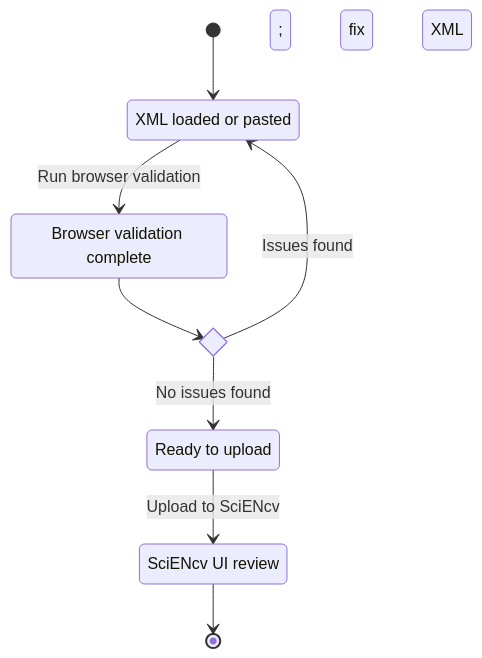
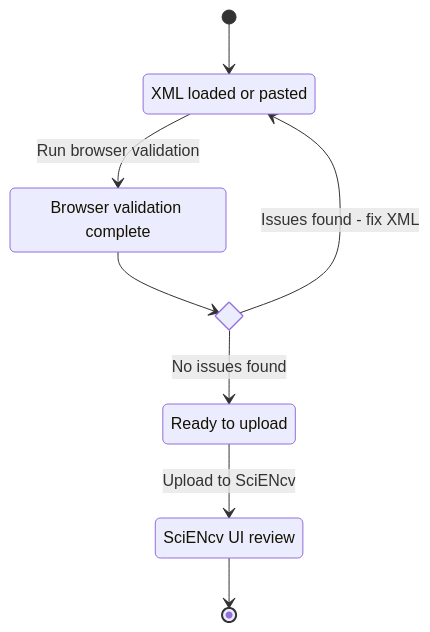
Before and after one commit to FritscheLab/nih-sciencv-playbook: the diagram in docs/other-support/xml-upload/validator.md, drawn with Mermaid. The commit also changed 11 other files, not shown here.

Commit message:
docs: refine Mermaid diagrams for desktop readability

````diff
--- a/docs/other-support/xml-upload/validator.md
+++ b/docs/other-support/xml-upload/validator.md
@@ -16,18 +16,18 @@
 ```mermaid
 stateDiagram-v2
     direction TB
     accTitle: Browser validator workflow
     accDescr: XML is checked locally in the browser. Reported issues return the file for correction and another check; a clean result proceeds to upload and review in SciENcv.
     state "XML loaded or pasted" as Loaded
     state "Browser validation complete" as Checked
     state Result <<choice>>
     state "Ready to upload" as UploadReady
     state "SciENcv UI review" as Review
     [*] --> Loaded
     Loaded --> Checked: Run browser validation
     Checked --> Result
-    Result --> Loaded: Issues found; fix XML
+    Result --> Loaded: Issues found - fix XML
     Result --> UploadReady: No issues found
     UploadReady --> Review: Upload to SciENcv
     Review --> [*]
 ```
````
